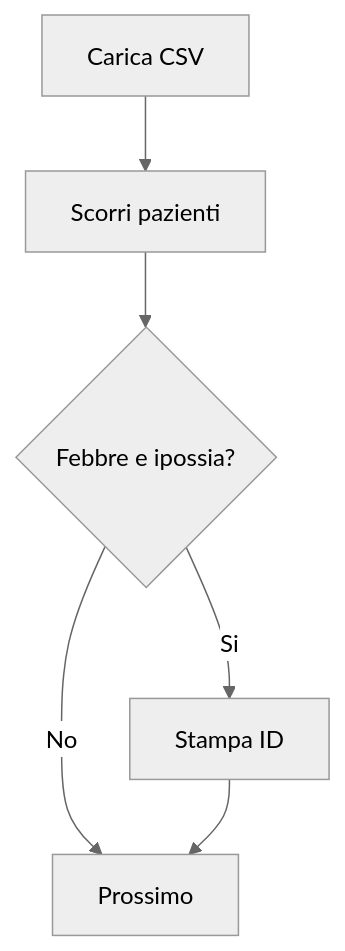
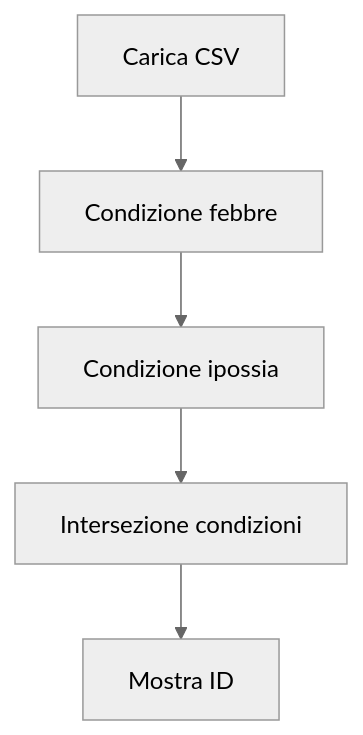
One commit to lucadagati/Lab_Fondamenti_di_Informatica_25_26 changed the sixth of 10 diagrams in 04-python-jupyter-analisi-biomedica/README.md. Above: the diagram before and after it, drawn with Mermaid (neutral theme). The commit also changed other lines of this file and 11 other files, not shown here.

````diff
--- a/04-python-jupyter-analisi-biomedica/README.md
+++ b/04-python-jupyter-analisi-biomedica/README.md
@@ -118,8 +109,7 @@
 ```mermaid
 flowchart TD
-    A[Carica CSV] --> B[Scorri pazienti]
-    B --> C{Febbre e ipossia?}
-    C -- Si --> D[Stampa ID]
-    C -- No --> E[Prossimo]
-    D --> E
+    A[Carica CSV] --> B[Condizione febbre]
+    B --> C[Condizione ipossia]
+    C --> D[Intersezione condizioni]
+    D --> E[Mostra ID]
 ```
````
